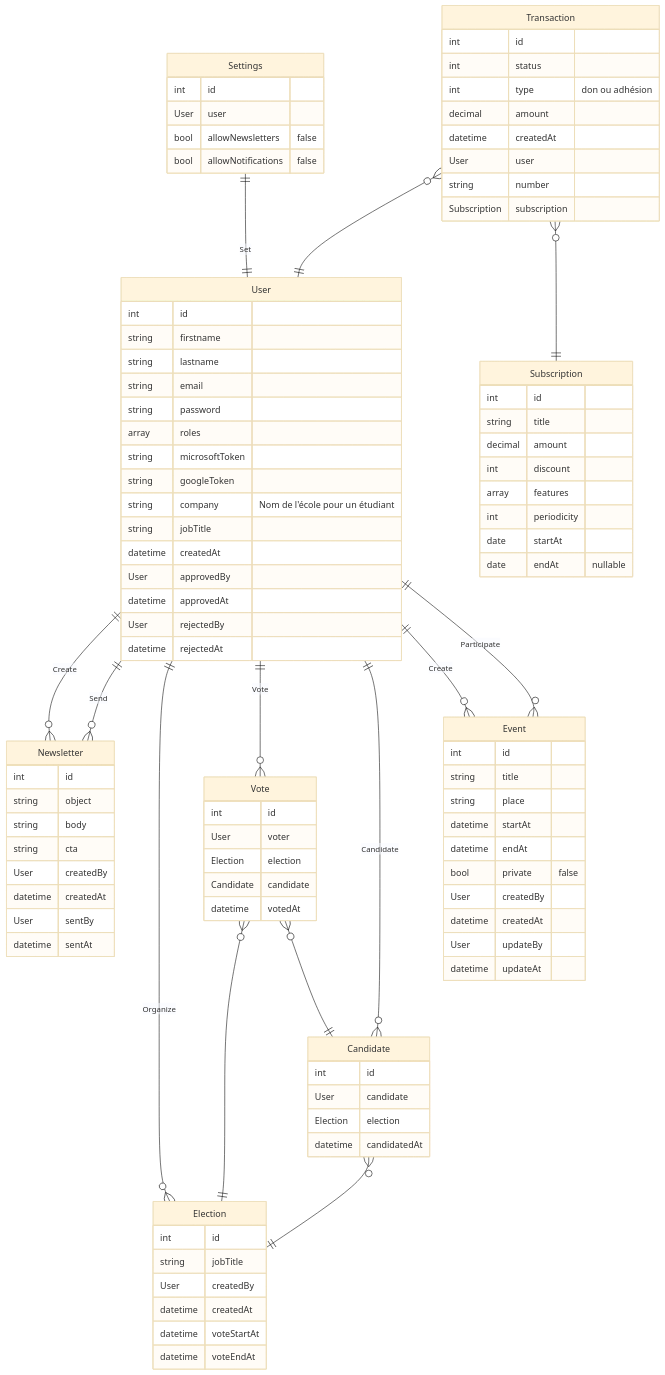
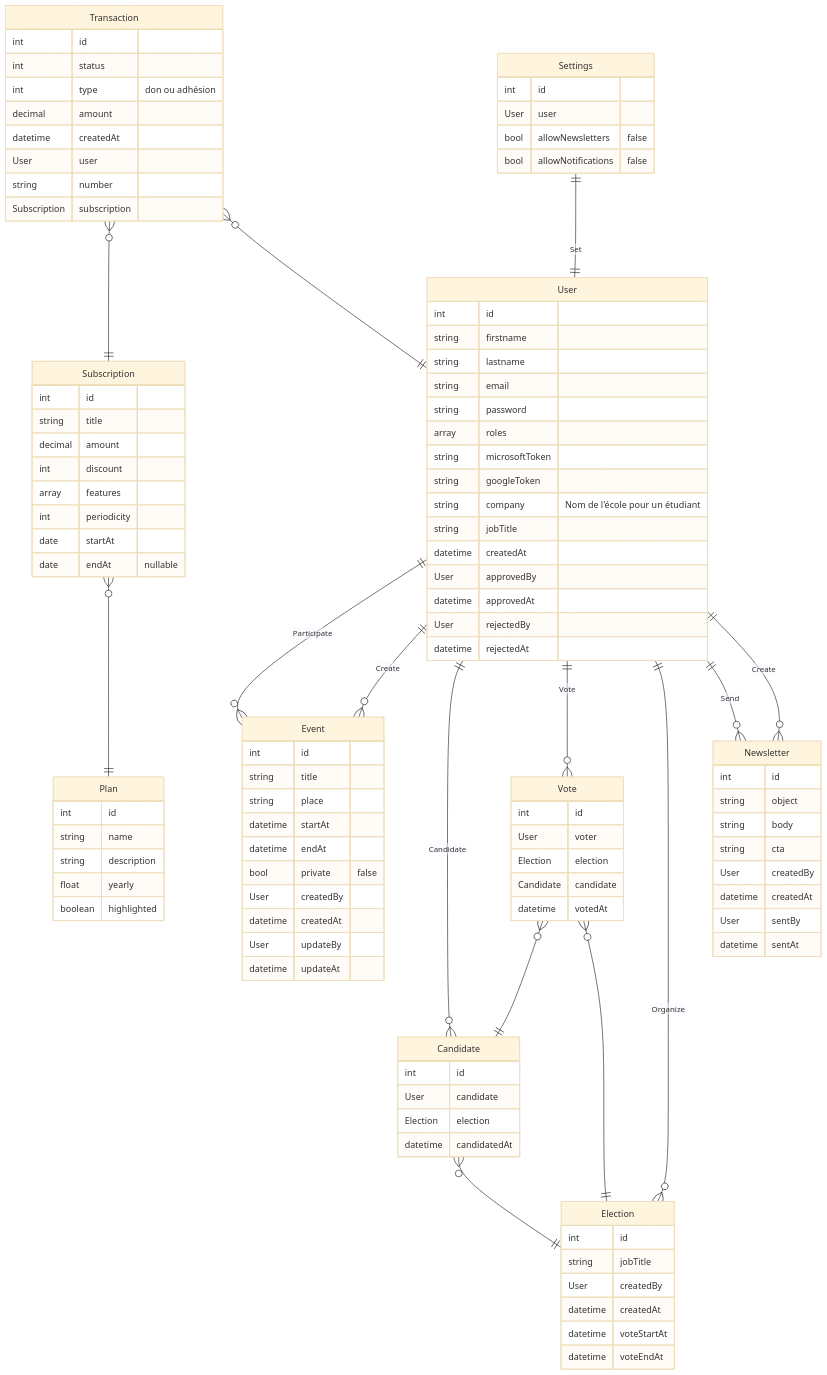
The diagram in docs/database.md (epsi-wis-alumni/gestion-adhesions), drawn with Mermaid (base theme) before and after one commit.

````diff
--- a/docs/database.md
+++ b/docs/database.md
@@ -40,6 +40,14 @@
         User user
         string number
         Subscription subscription
+    }
+
+    Plan {
+        int id
+        string name
+        string description
+        float yearly
+        boolean highlighted
     }
 
     Settings {
@@ -115,6 +123,8 @@
     Transaction 0+--1 User: ""
     Transaction 0+--1 Subscription: ""
 
+    Subscription 0+--1 Plan: ""
+
     User 1--0+ Event: "Create"
     User 1--0+ Event: "Participate"
 ```
````
